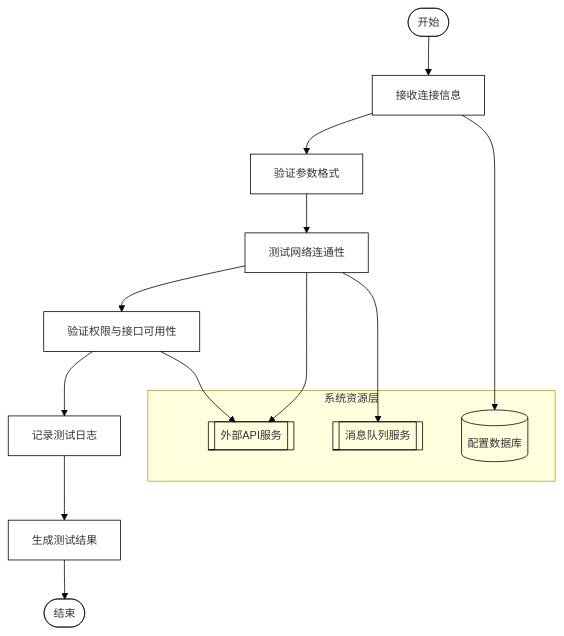
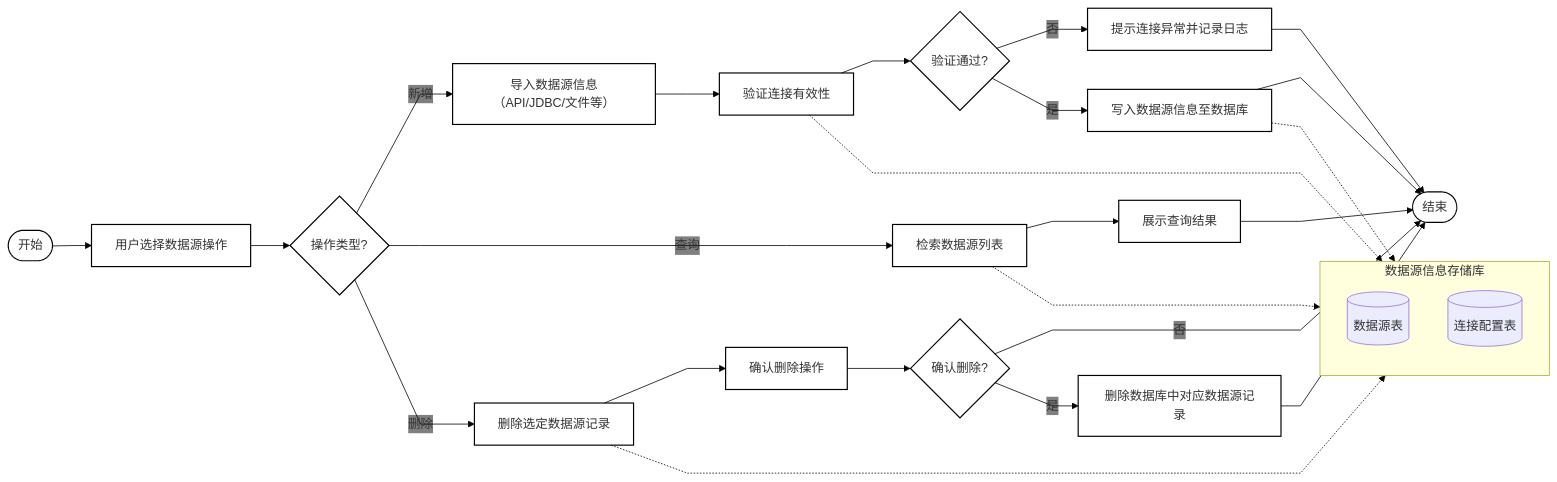
One commit to dremup/iodraw-files changed the diagram in all/未命名.md. Above: the diagram before and after it, drawn with Mermaid.

Commit message:
2025-11-13 16:33:08 update

````diff
--- a/all/未命名.md
+++ b/all/未命名.md
@@ -1,46 +1,60 @@
 ```mermaid
-%%{init: {
-  "flowchart": {
-    "layout": "elk",
-    "elk": {
-      "edgeRouting": "ORTHOGONAL",
-      "spacing.nodeNodeBetweenLayers": 50,
-      "algorithm": "layered"
-    },
-    "htmlLabels": true
+%%{init:{
+  "flowchart":{"direction":"LR","curve":"linear","htmlLabels":true},
+  "themeVariables":{
+    "background":"transparent",
+    "edgeLabelBackground":"transparent",
+    "primaryTextColor":"#000000",
+    "lineColor":"#000000",
+    "fontSize":"16px"
   },
-  "themeVariables": {
-    "background": "transparent",
-    "edgeLabelBackground": "transparent",
-    "primaryTextColor": "#000",
-    "lineColor": "#000",
-    "fontSize": "14px"
-  },
-  "themeCSS": ".edgeLabel rect{fill:transparent!important;stroke:transparent!important;}"
+  "themeCSS":".edgeLabel rect{fill:transparent!important;stroke:transparent!important;}"
 }}%%
-flowchart TB
-  A([开始]) --> B[接收连接信息]
-  B --> C[验证参数格式]
-  C --> D[测试网络连通性]
-  D --> E[验证权限与接口可用性]
-  E --> F[记录测试日志]
-  F --> G[生成测试结果]
-  G --> H([结束])
+flowchart LR
+  %% === 起点 ===
+  A([开始]):::ellipse --> B[用户选择数据源操作]:::rect
 
-  subgraph Resource[系统资源层]
-    DB[(配置数据库)]
-    API[[外部API服务]]
-    MQ[[消息队列服务]]
+  %% === 分支判断 ===
+  B --> C{操作类型?}:::diamond
+  C -- 新增 --> D1[导入数据源信息（API/JDBC/文件等）]:::rect
+  C -- 查询 --> D2[检索数据源列表]:::rect
+  C -- 删除 --> D3[删除选定数据源记录]:::rect
+
+  %% === 新增流程 ===
+  D1 --> E1[验证连接有效性]:::rect
+  E1 --> F1{验证通过?}:::diamond
+  F1 -- 否 --> G1[提示连接异常并记录日志]:::rect
+  F1 -- 是 --> H1[写入数据源信息至数据库]:::rect
+  G1 --> I([结束]):::ellipse
+  H1 --> I
+
+  %% === 查询流程 ===
+  D2 --> H2[展示查询结果]:::rect
+  H2 --> I
+
+  %% === 删除流程 ===
+  D3 --> E3[确认删除操作]:::rect
+  E3 --> F3{确认删除?}:::diamond
+  F3 -- 否 --> I
+  F3 -- 是 --> G3[删除数据库中对应数据源记录]:::rect
+  G3 --> I
+
+  %% === 数据存储模块 ===
+  subgraph DB[数据源信息存储库]
+    direction TB
+    DB1[(数据源表)]
+    DB2[(连接配置表)]
   end
+  H1 -.-> DB1
+  D2 -.-> DB1
+  D3 -.-> DB1
+  E1 -.-> DB2
 
-  B --> DB
-  D --> API
-  D --> MQ
-  E --> API
-
-  classDef ellipse fill:transparent,stroke:#000,stroke-width:1px,rx:25,ry:25;
-  classDef rect fill:transparent,stroke:#000,stroke-width:1px;
-  class A,H ellipse;
-  class B,C,D,E,F,G,DB,API,MQ rect;
+  %% === 样式定义 ===
+  classDef ellipse fill:transparent,stroke:#000,stroke-width:1.5px,rx:25,ry:25;
+  classDef rect fill:transparent,stroke:#000,stroke-width:1.5px;
+  classDef diamond fill:transparent,stroke:#000,stroke-width:1.5px;
+  classDef cylinder fill:transparent,stroke:#000,stroke-width:1.5px;
+  class A,I ellipse;
 
 ```
````
